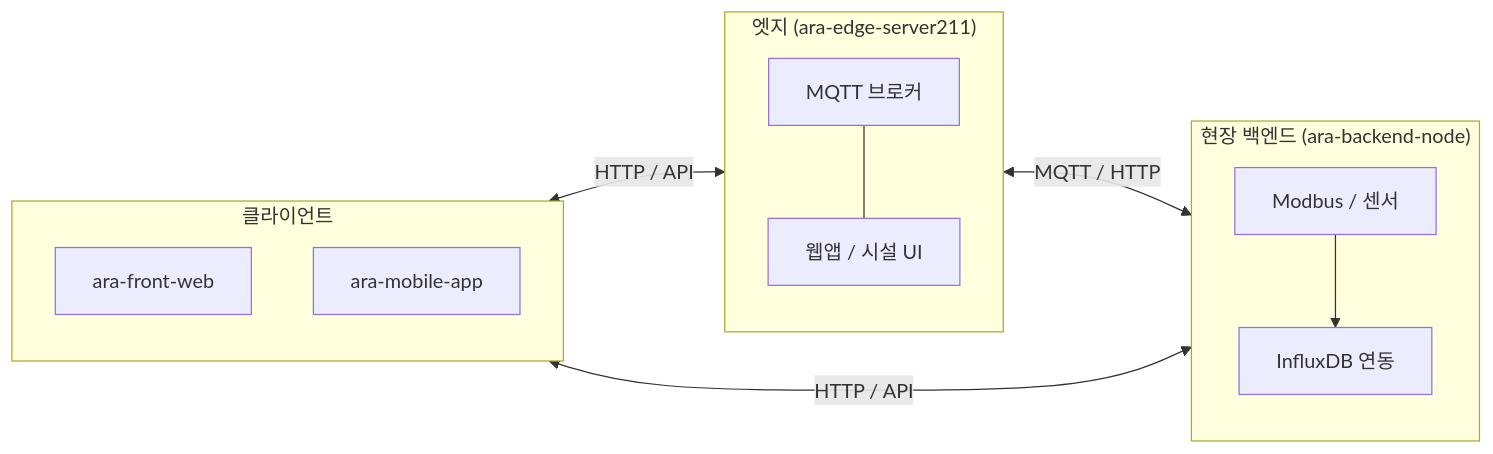
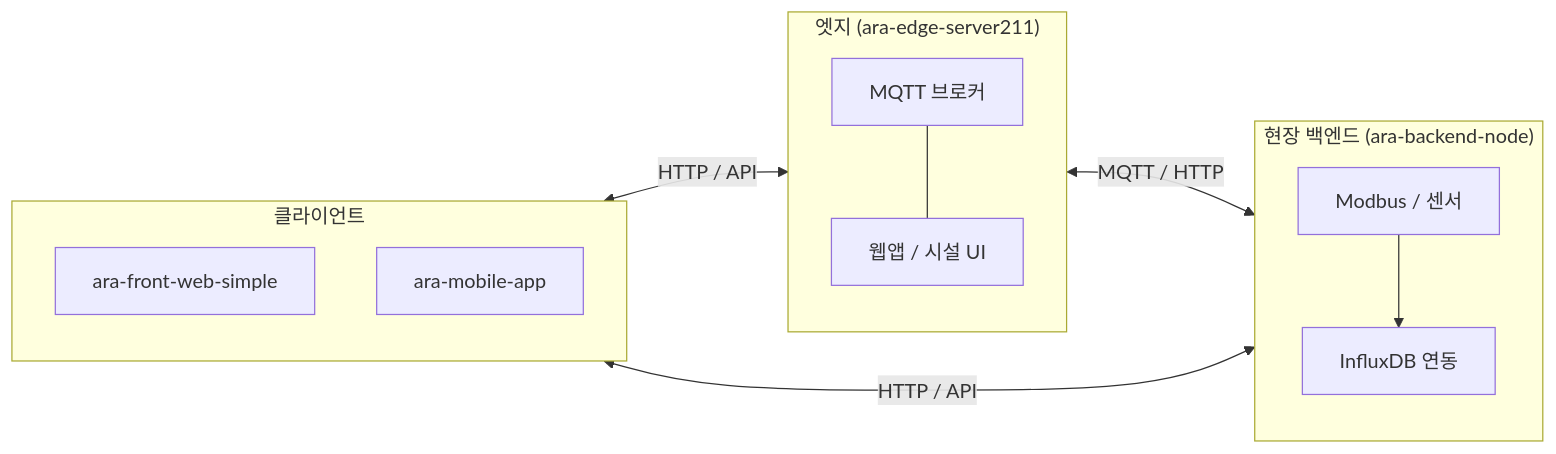
One commit to araplatformkd/.github changed the diagram in profile/README.md. Above: the diagram before and after it, drawn with Mermaid. The commit also changed other lines of this file, not shown here.

First line of the commit message:
sync: profile README from ara-overview (front-web-simple)

````diff
--- a/profile/README.md
+++ b/profile/README.md
@@ -64,23 +46,23 @@
 ```mermaid
 flowchart LR
   subgraph edge["엣지 (ara-edge-server211)"]
     MQTT["MQTT 브로커"]
     WA["웹앱 / 시설 UI"]
     MQTT --- WA
   end
 
   subgraph field["현장 백엔드 (ara-backend-node)"]
     RS["Modbus / 센서"]
     IFX["InfluxDB 연동"]
     RS --> IFX
   end
 
   subgraph clients["클라이언트"]
-    WEB["ara-front-web"]
+    WEB["ara-front-web-simple"]
     MOB["ara-mobile-app"]
   end
 
   edge <-- "MQTT / HTTP" --> field
   clients <-- "HTTP / API" --> edge
   clients <-- "HTTP / API" --> field
 ```
````
